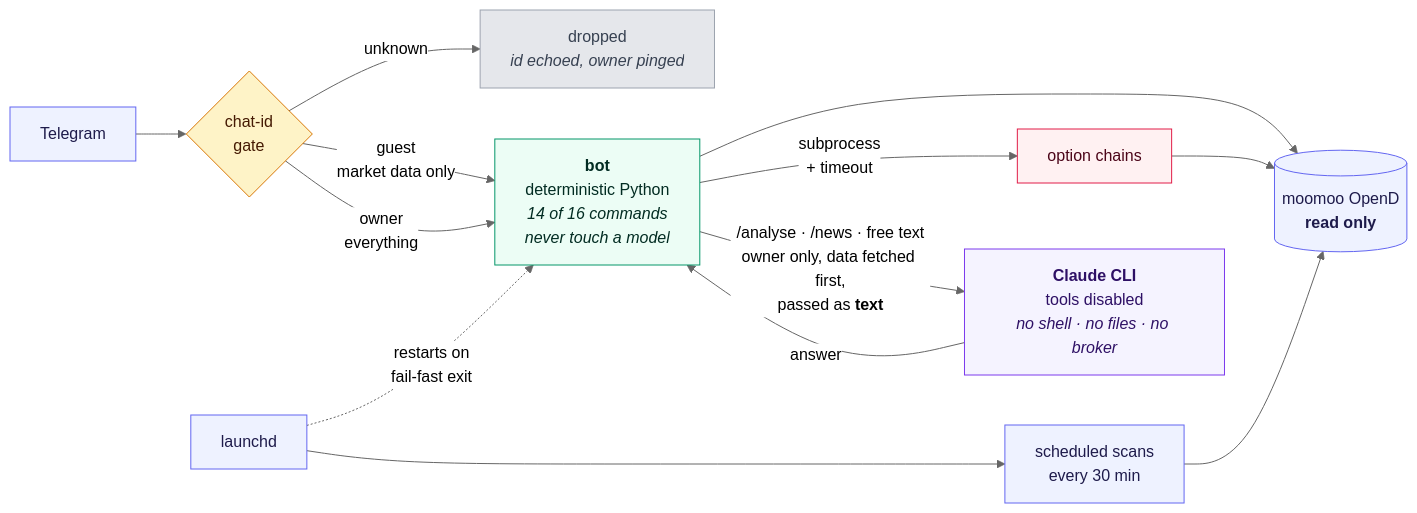
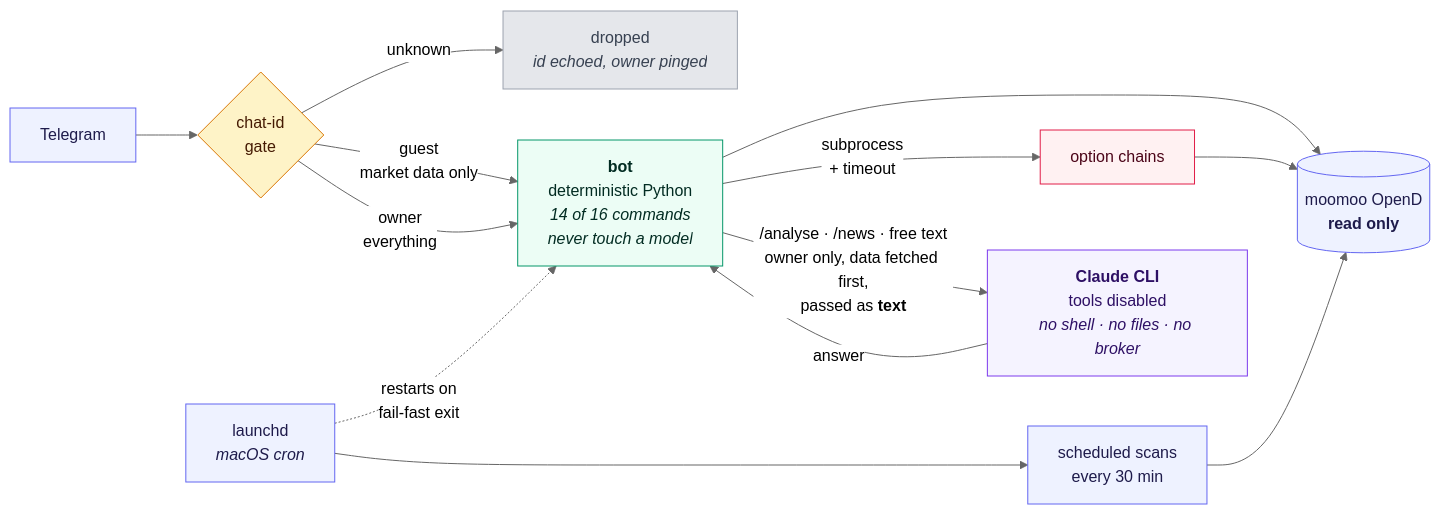
Before and after one commit to derricktan91/moomoo-wheel-bot: the first of 2 diagrams in README.md, drawn with Mermaid (neutral theme). The commit also changed other lines of this file, not shown here.

First line of the commit message:
README: label launchd as macOS cron

````diff
--- a/README.md
+++ b/README.md
@@ -195,31 +195,31 @@
 ```mermaid
 flowchart LR
     tg["Telegram"] --> gate{"chat-id<br/>gate"}
     gate -- "unknown" --> drop["dropped<br/><i>id echoed, owner pinged</i>"]
     gate -- "guest<br/>market data only" --> bot
     gate -- "owner<br/>everything" --> bot["<b>bot</b><br/>deterministic Python<br/><i>14 of 16 commands<br/>never touch a model</i>"]
 
     bot -- "subprocess<br/>+ timeout" --> chains["option chains"]
     bot --> opend[("moomoo OpenD<br/><b>read only</b>")]
     chains --> opend
     scan["scheduled scans<br/>every 30 min"] --> opend
 
     bot -- "/analyse · /news · free text<br/>owner only, data fetched first,<br/>passed as <b>text</b>" --> claude["<b>Claude CLI</b><br/>tools disabled<br/><i>no shell · no files · no broker</i>"]
     claude -- "answer" --> bot
 
-    launchd["launchd"] -. "restarts on<br/>fail-fast exit" .-> bot
+    launchd["launchd<br/><i>macOS cron</i>"] -. "restarts on<br/>fail-fast exit" .-> bot
     launchd --> scan
 
     classDef ext fill:#eef2ff,stroke:#6366f1,color:#1e1b4b
     classDef gate fill:#fef3c7,stroke:#d97706,color:#451a03
     classDef core fill:#ecfdf5,stroke:#059669,color:#022c22
     classDef iso fill:#fff1f2,stroke:#e11d48,color:#4c0519
     classDef drop fill:#e5e7eb,stroke:#9ca3af,color:#374151
     classDef ai fill:#f5f3ff,stroke:#7c3aed,color:#2e1065
     class tg,opend,launchd,scan ext
     class gate gate
     class bot core
     class chains iso
     class drop drop
     class claude ai
 ```
````
